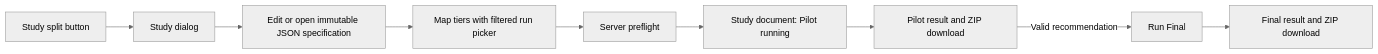
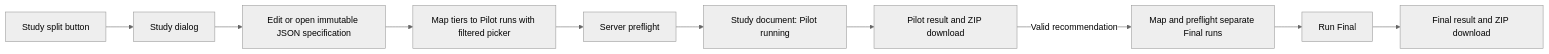
The first of 2 diagrams in planning/grilling-study-ui.md (michalo1334/master_thesis), drawn with Mermaid (neutral theme) before and after one commit. The commit also changed other lines of this file and 117 other files, not shown here.

````diff
--- a/planning/grilling-study-ui.md
+++ b/planning/grilling-study-ui.md
@@ -5,11 +5,12 @@
 ```mermaid
 flowchart LR
     A[Study split button] --> B[Study dialog]
     B --> C[Edit or open immutable JSON specification]
-    C --> D[Map tiers with filtered run picker]
+    C --> D[Map tiers to Pilot runs with filtered picker]
     D --> E[Server preflight]
     E --> F[Study document: Pilot running]
     F --> G[Pilot result and ZIP download]
-    G -->|Valid recommendation| H[Run Final]
-    H --> I[Final result and ZIP download]
+    G -->|Valid recommendation| H[Map and preflight separate Final runs]
+    H --> I[Run Final]
+    I --> J[Final result and ZIP download]
 ```
````
